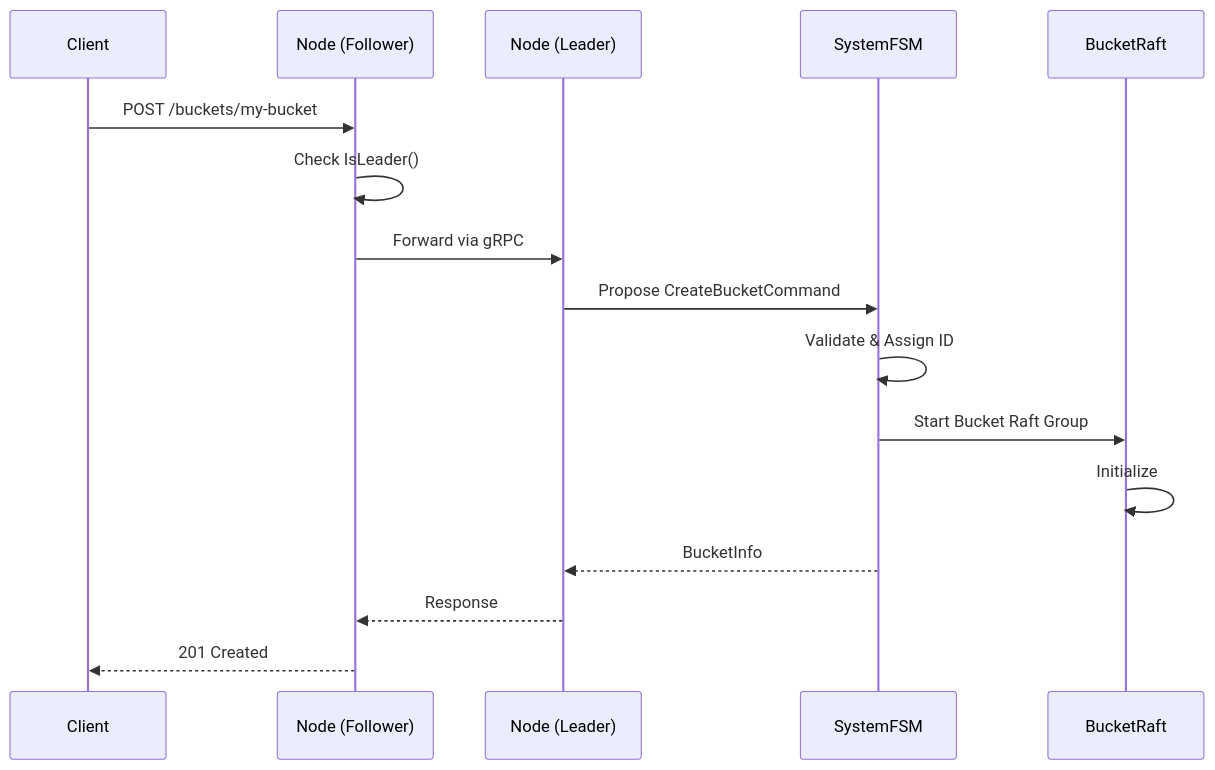
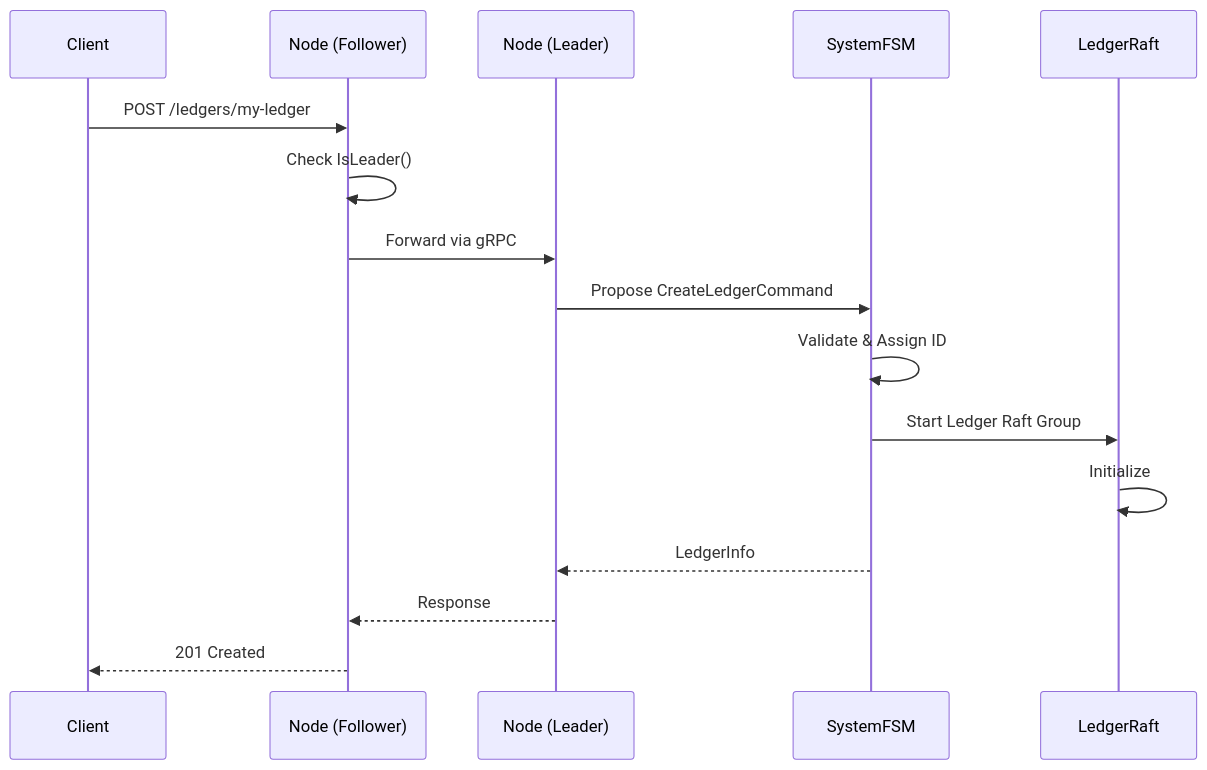
Before and after one commit to formancehq/ledger: the second of 3 diagrams in docs/buckets-ledgers.md, drawn with Mermaid. The commit also changed other lines of this file and 123 other files, not shown here.

````diff
--- a/docs/buckets-ledgers.md
+++ b/docs/buckets-ledgers.md
@@ -71,19 +80,19 @@
 ```mermaid
 sequenceDiagram
     participant Client
     participant Node1 as Node (Follower)
     participant Node2 as Node (Leader)
     participant SystemFSM
-    participant BucketRaft
+    participant LedgerRaft
     
-    Client->>Node1: POST /buckets/my-bucket
+    Client->>Node1: POST /ledgers/my-ledger
     Node1->>Node1: Check IsLeader()
     Node1->>Node2: Forward via gRPC
-    Node2->>SystemFSM: Propose CreateBucketCommand
+    Node2->>SystemFSM: Propose CreateLedgerCommand
     SystemFSM->>SystemFSM: Validate & Assign ID
-    SystemFSM->>BucketRaft: Start Bucket Raft Group
-    BucketRaft->>BucketRaft: Initialize
-    SystemFSM-->>Node2: BucketInfo
+    SystemFSM->>LedgerRaft: Start Ledger Raft Group
+    LedgerRaft->>LedgerRaft: Initialize
+    SystemFSM-->>Node2: LedgerInfo
     Node2-->>Node1: Response
     Node1-->>Client: 201 Created
 ```
````
